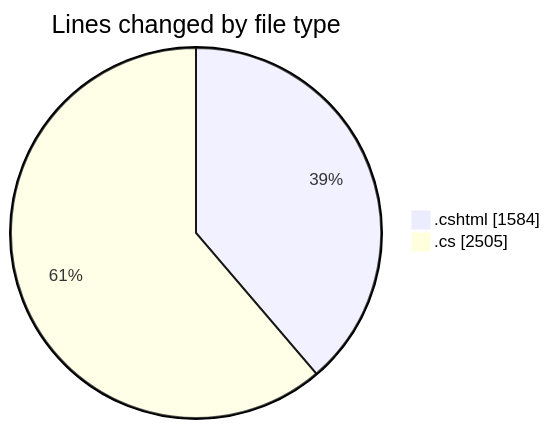
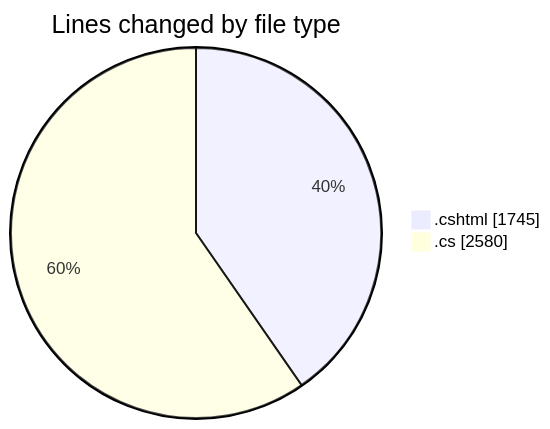
Before and after one commit to lephambinh05/code-tracking: the first of 2 diagrams in 2025-07-17/nhahang/README.md, drawn with Mermaid. The commit also changed other lines of this file and 1 other file, not shown here.

````diff
--- a/2025-07-17/nhahang/README.md
+++ b/2025-07-17/nhahang/README.md
@@ -64,6 +65,6 @@
 ```mermaid
 pie showData
 title Lines changed by file type
-".cshtml" : 1584
-".cs" : 2505
+".cshtml" : 1745
+".cs" : 2580
 ```
````
